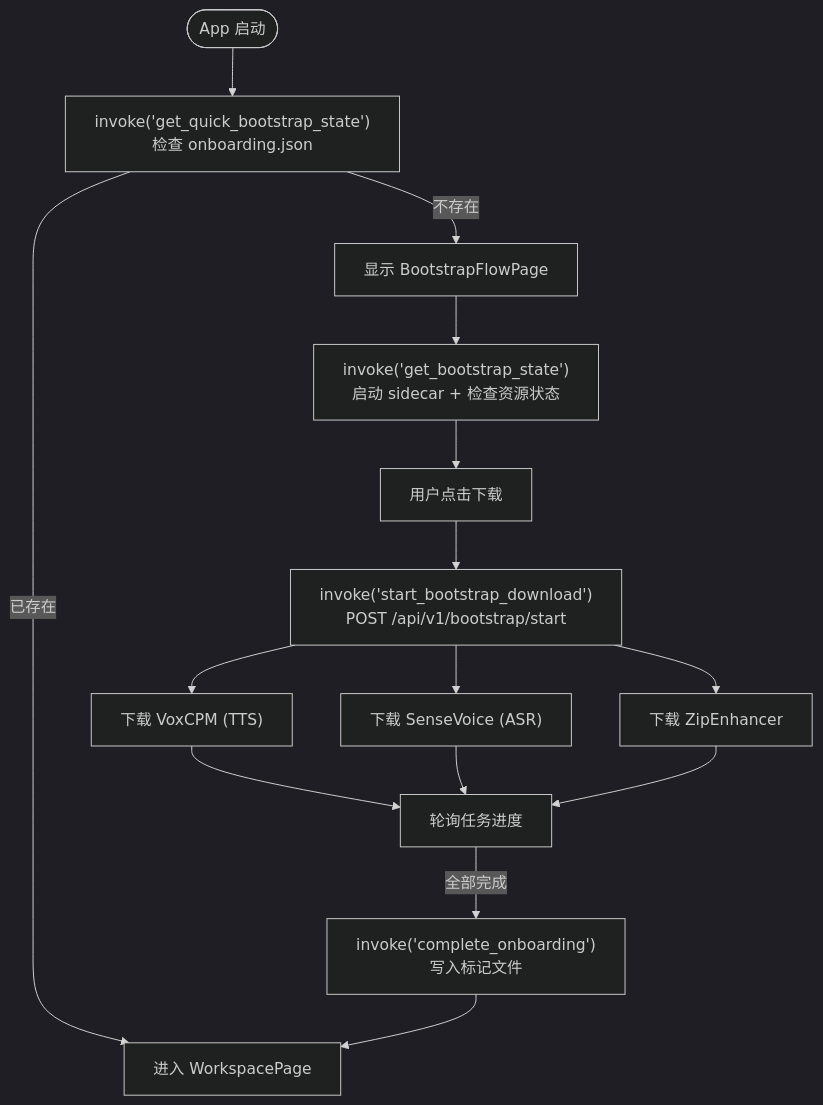
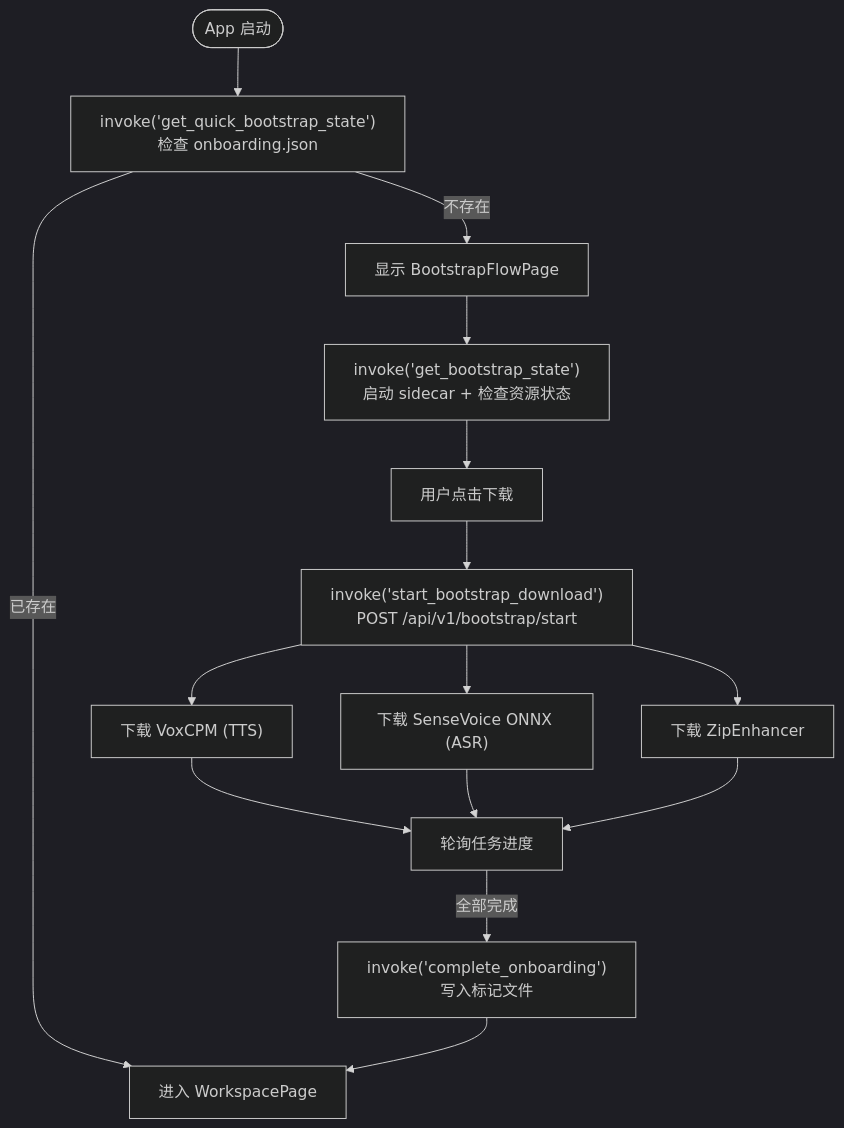
One commit to ZMXJJ/Voca changed the sixth of 7 diagrams in docs/architecture.md. Above: the diagram before and after it, drawn with Mermaid (dark theme). The commit also changed other lines of this file and 21 other files, not shown here.

First line of the commit message:
chore(release): bump to 0.4.0 and align ASR ONNX docs

````diff
--- a/docs/architecture.md
+++ b/docs/architecture.md
@@ -236,21 +236,21 @@
 ```mermaid
 flowchart TD
     Start([App 启动]) --> QuickCheck["invoke('get_quick_bootstrap_state')<br/>检查 onboarding.json"]
     QuickCheck -->|不存在| Bootstrap["显示 BootstrapFlowPage"]
     QuickCheck -->|已存在| Workspace["进入 WorkspacePage"]
 
     Bootstrap --> GetState["invoke('get_bootstrap_state')<br/>启动 sidecar + 检查资源状态"]
     GetState --> UserClick["用户点击下载"]
     UserClick --> StartDL["invoke('start_bootstrap_download')<br/>POST /api/v1/bootstrap/start"]
 
     StartDL --> DL_TTS["下载 VoxCPM (TTS)"]
-    StartDL --> DL_ASR["下载 SenseVoice (ASR)"]
+    StartDL --> DL_ASR["下载 SenseVoice ONNX (ASR)"]
     StartDL --> DL_ENH["下载 ZipEnhancer"]
 
     DL_TTS --> Poll["轮询任务进度"]
     DL_ASR --> Poll
     DL_ENH --> Poll
 
     Poll -->|全部完成| Complete["invoke('complete_onboarding')<br/>写入标记文件"]
     Complete --> Workspace
 ```
````
